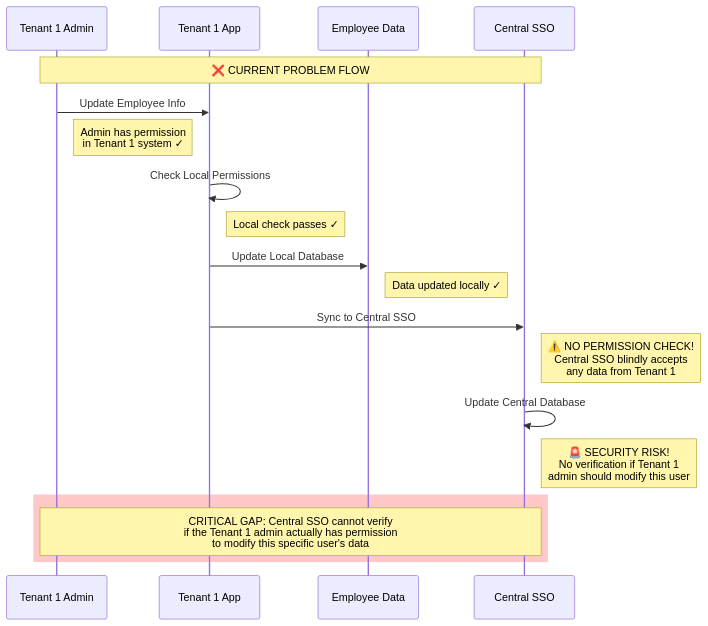
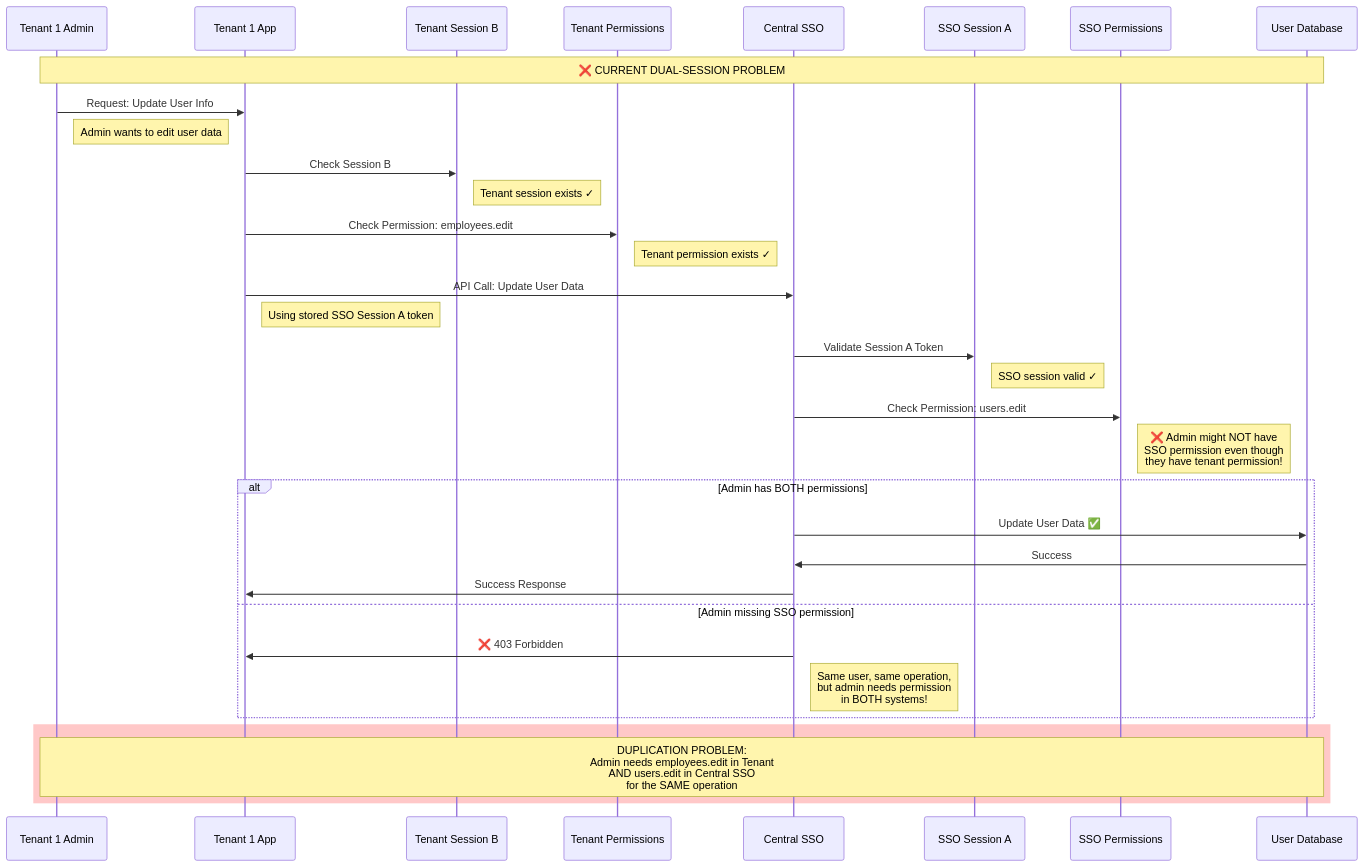
Before and after one commit to hi-dil/SSO-POC: the fifth of 22 diagrams in docs/architecture/challenges-and-solutions.md, drawn with Mermaid. The commit also changed other lines of this file and 4 other files, not shown here.

````diff
--- a/docs/architecture/challenges-and-solutions.md
+++ b/docs/architecture/challenges-and-solutions.md
@@ -152,28 +188,44 @@
 ```mermaid
 sequenceDiagram
     participant Admin as Tenant 1 Admin
     participant T1 as Tenant 1 App
-    participant User as Employee Data
+    participant T1_SESSION as Tenant Session B
+    participant T1_PERMS as Tenant Permissions
     participant SSO as Central SSO
+    participant SSO_SESSION as SSO Session A
+    participant SSO_PERMS as SSO Permissions
+    participant DB as User Database
     
-    Note over Admin,SSO: ❌ CURRENT PROBLEM FLOW
+    Note over Admin,DB: ❌ CURRENT DUAL-SESSION PROBLEM
     
-    Admin->>T1: Update Employee Info
-    Note right of Admin: Admin has permission<br/>in Tenant 1 system ✓
+    Admin->>T1: Request: Update User Info
+    Note right of Admin: Admin wants to edit user data
     
-    T1->>T1: Check Local Permissions
-    Note right of T1: Local check passes ✓
+    T1->>T1_SESSION: Check Session B
+    Note right of T1_SESSION: Tenant session exists ✓
     
-    T1->>User: Update Local Database
-    Note right of User: Data updated locally ✓
+    T1->>T1_PERMS: Check Permission: employees.edit
+    Note right of T1_PERMS: Tenant permission exists ✓
     
-    T1->>SSO: Sync to Central SSO
-    Note right of SSO: ⚠️ NO PERMISSION CHECK!<br/>Central SSO blindly accepts<br/>any data from Tenant 1
+    T1->>SSO: API Call: Update User Data
+    Note right of T1: Using stored SSO Session A token
     
-    SSO->>SSO: Update Central Database
-    Note right of SSO: 🚨 SECURITY RISK!<br/>No verification if Tenant 1<br/>admin should modify this user
+    SSO->>SSO_SESSION: Validate Session A Token
+    Note right of SSO_SESSION: SSO session valid ✓
+    
+    SSO->>SSO_PERMS: Check Permission: users.edit
+    Note right of SSO_PERMS: ❌ Admin might NOT have<br/>SSO permission even though<br/>they have tenant permission!
+    
+    alt Admin has BOTH permissions
+        SSO->>DB: Update User Data ✅
+        DB->>SSO: Success
+        SSO->>T1: Success Response
+    else Admin missing SSO permission
+        SSO->>T1: ❌ 403 Forbidden
+        Note right of SSO: Same user, same operation,<br/>but admin needs permission<br/>in BOTH systems!
+    end
     
     rect rgb(255, 200, 200)
-        Note over Admin,SSO: CRITICAL GAP: Central SSO cannot verify<br/>if the Tenant 1 admin actually has permission<br/>to modify this specific user's data
+        Note over Admin,DB: DUPLICATION PROBLEM:<br/>Admin needs employees.edit in Tenant<br/>AND users.edit in Central SSO<br/>for the SAME operation
     end
 ```
````
